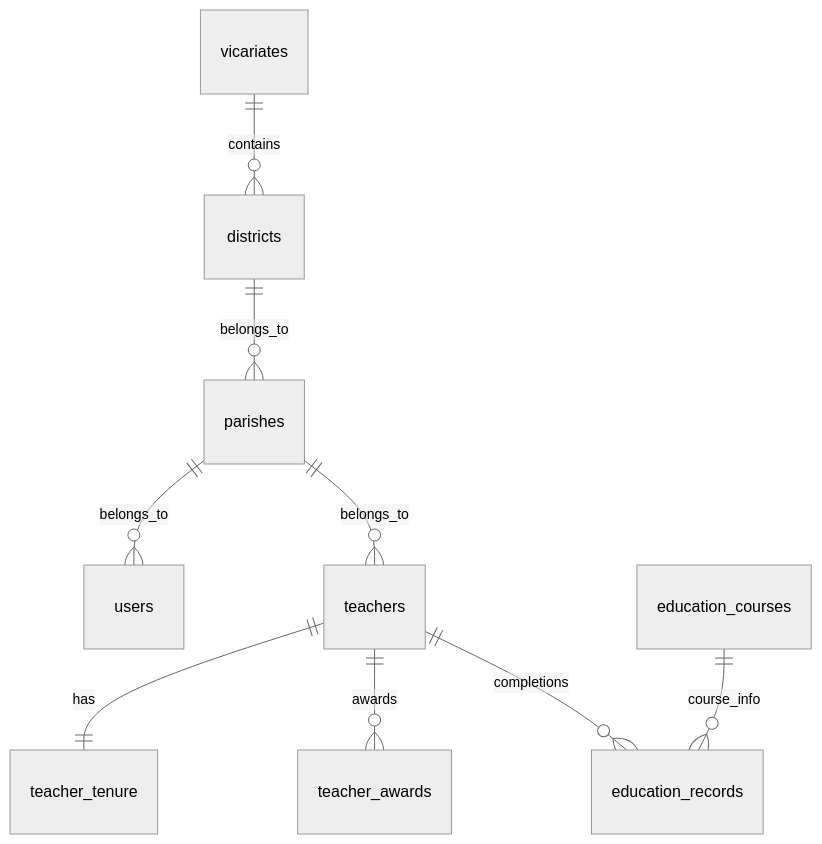
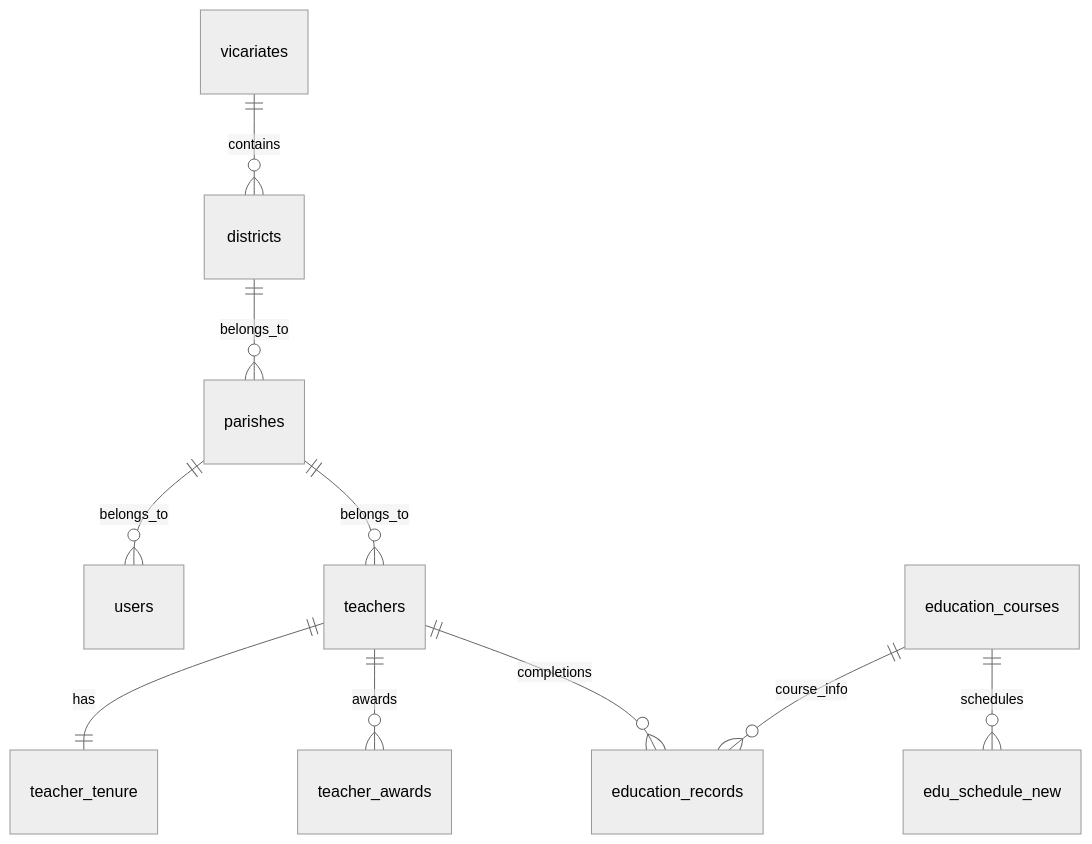
One commit to wlstjrl3/ctms changed the diagram in new_db_schema.md. Above: the diagram before and after it, drawn with Mermaid (neutral theme). The commit also changed other lines of this file and 15 other files, not shown here.

Commit message:
edu schedule page update

````diff
--- a/new_db_schema.md
+++ b/new_db_schema.md
@@ -7,13 +7,14 @@
 ```mermaid
 erDiagram
     vicariates ||--o{ districts : "contains"
     districts ||--o{ parishes : "belongs_to"
     parishes ||--o{ users : "belongs_to"
     parishes ||--o{ teachers : "belongs_to"
     
     teachers ||--|| teacher_tenure : "has"
     teachers ||--o{ teacher_awards : "awards"
     teachers ||--o{ education_records : "completions"
     
     education_courses ||--o{ education_records : "course_info"
+    education_courses ||--o{ edu_schedule_new : "schedules"
 ```
````
